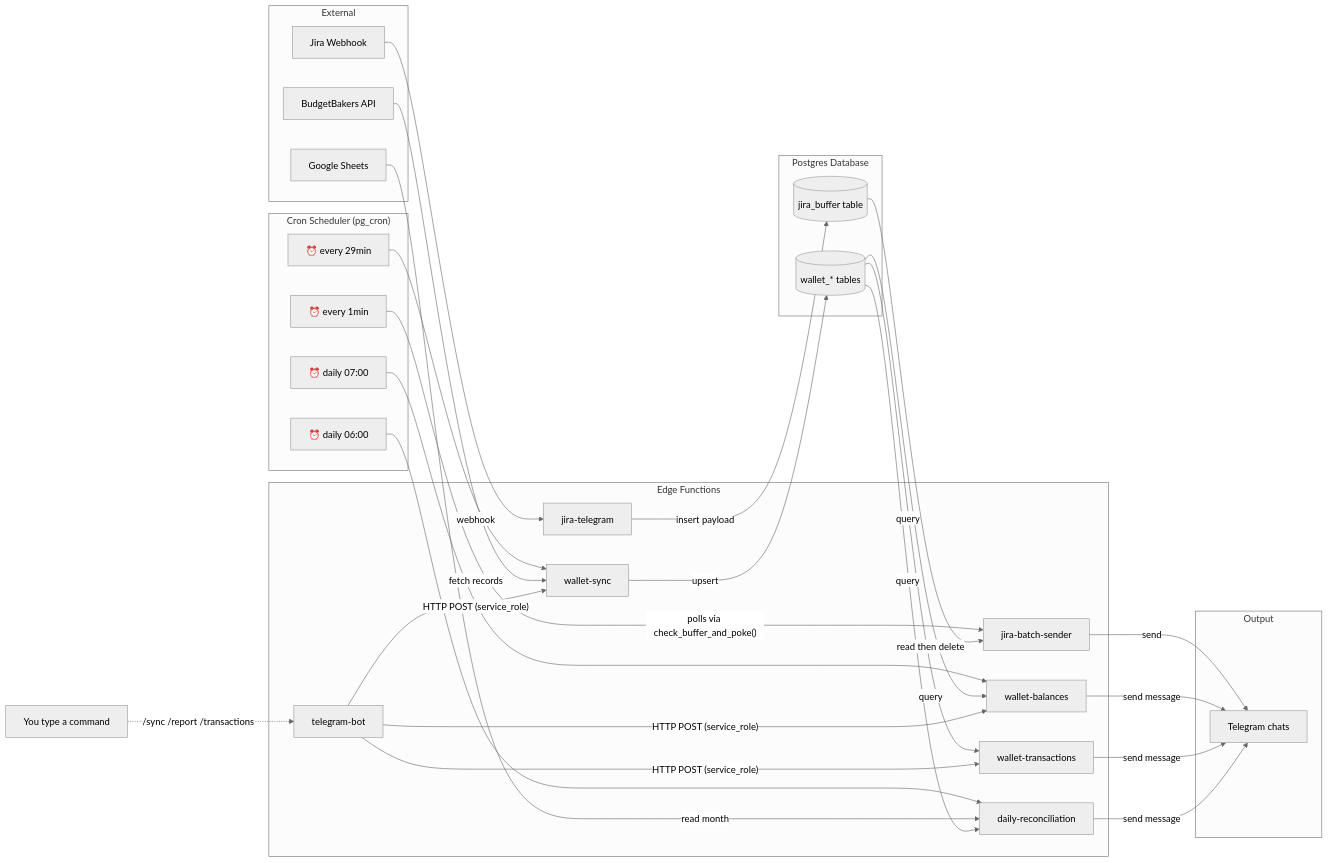
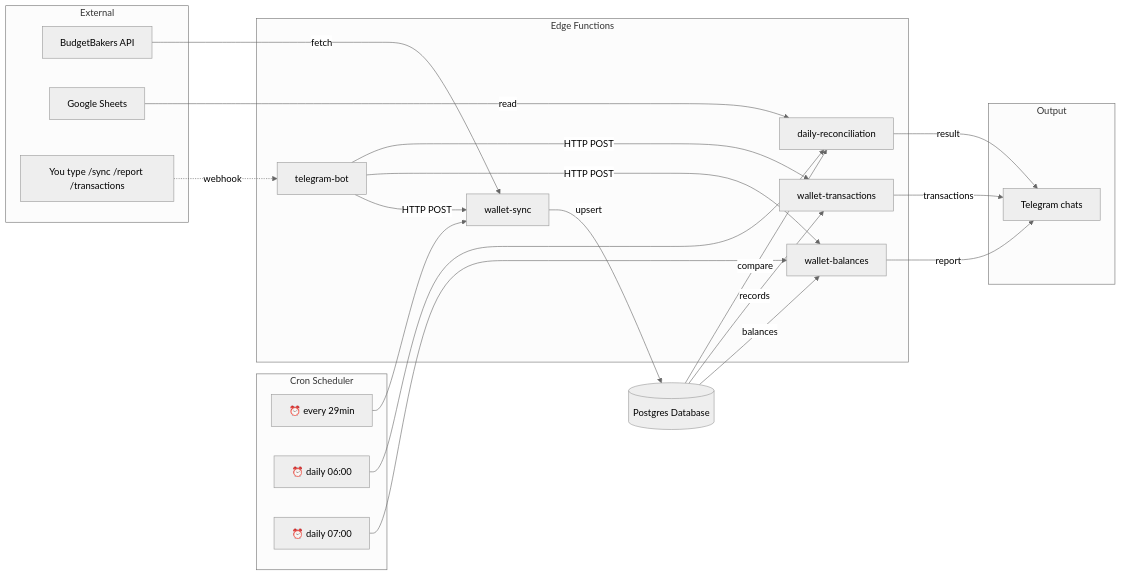
Before and after one commit to yfozekosh/walletbot: the first of 2 diagrams in README.md, drawn with Mermaid (neutral theme). The commit also changed other lines of this file, not shown here.

Commit message:
split architecture into Wallet Flow + Jira Flow diagrams

````diff
--- a/README.md
+++ b/README.md
@@ -19,62 +21,43 @@
 ```mermaid
 flowchart LR
   subgraph Ext["External"]
     WB[BudgetBakers API]
     GS[Google Sheets]
-    JW[Jira Webhook]
+    User["You type /sync /report /transactions"]
   end
 
-  subgraph Cron["Cron Scheduler (pg_cron)"]
+  subgraph Cron["Cron Scheduler"]
     C1["⏰ every 29min"]
     C2["⏰ daily 06:00"]
     C3["⏰ daily 07:00"]
-    C4["⏰ every 1min"]
   end
 
   subgraph Fn["Edge Functions"]
+    TB[telegram-bot]
     WS[wallet-sync]
     DR[daily-reconciliation]
     WBAL[wallet-balances]
     WT[wallet-transactions]
-    TB[telegram-bot]
-    JT[jira-telegram]
-    JBS[jira-batch-sender]
   end
 
-  subgraph DB["Postgres Database"]
-    TBL[("wallet_* tables")]
-    BUF[("jira_buffer table")]
-  end
+  DB[("Postgres Database")]
 
   subgraph Out["Output"]
     TG[Telegram chats]
   end
 
-  %% Cron triggers
   C1 --> WS
   C2 --> DR
   C3 --> WBAL
-  C4 -->|"polls via check_buffer_and_poke()"| JBS
 
-  %% External data sources
-  WB -->|fetch records| WS
-  GS -->|read month| DR
-  JW -->|webhook| JT -->|insert payload| BUF
-  BUF -->|read then delete| JBS
+  WB -->|fetch| WS -->|upsert| DB
+  GS -->|read| DR
+  DB -->|balances| WBAL -->|report| TG
+  DB -->|records| WT -->|transactions| TG
+  DB -->|compare| DR -->|result| TG
 
-  %% Edge function chains
-  WS -->|upsert| TBL
-  TBL -->|query| WBAL
-  TBL -->|query| WT
-  TBL -->|query| DR
-  JBS -->|send| TG
-  WBAL -->|send message| TG
-  WT -->|send message| TG
-  DR -->|send message| TG
-
-  %% Telegram bot flow
-  User["You type a command"] -.->|/sync /report /transactions| TB
-  TB -- "HTTP POST (service_role)" --> WS
-  TB -- "HTTP POST (service_role)" --> WBAL
-  TB -- "HTTP POST (service_role)" --> WT
+  User -.->|webhook| TB
+  TB -- "HTTP POST" --> WS
+  TB -- "HTTP POST" --> WBAL
+  TB -- "HTTP POST" --> WT
 ```
````
